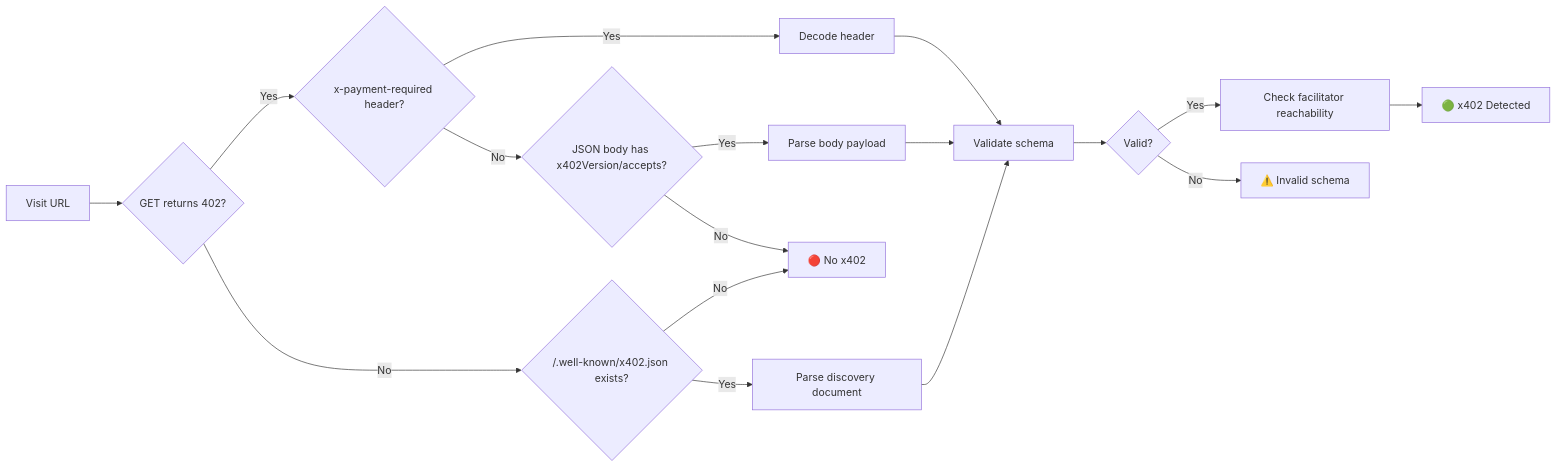
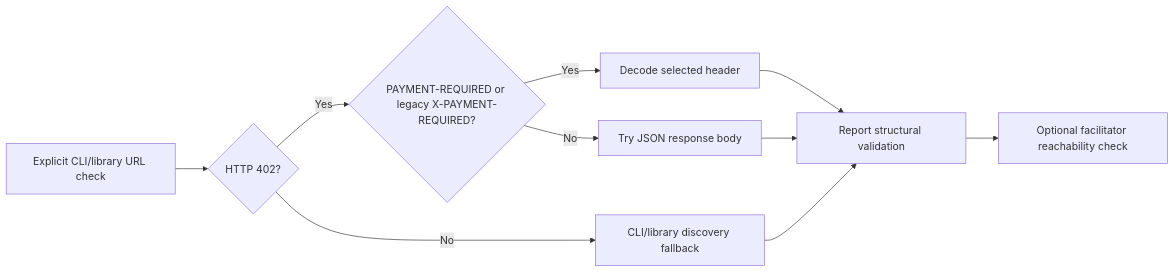
One commit to suryast/x402-check changed the third of 4 diagrams in README.md. Above: the diagram before and after it, drawn with Mermaid. The commit also changed other lines of this file and 37 other files, not shown here.

````diff
--- a/README.md
+++ b/README.md
@@ -73,19 +79,12 @@
 ```mermaid
 flowchart LR
-    A[Visit URL] --> B{GET returns 402?}
-    B -->|Yes| C{x-payment-required header?}
-    C -->|Yes| C2[Decode header]
-    C -->|No| C3{JSON body has x402Version/accepts?}
-    C3 -->|Yes| C4[Parse body payload]
-    C3 -->|No| F[🔴 No x402]
-    B -->|No| D{/.well-known/x402.json exists?}
-    D -->|Yes| E[Parse discovery document]
-    D -->|No| F
-    C2 --> G[Validate schema]
-    C4 --> G
+    A[Explicit CLI/library URL check] --> B{HTTP 402?}
+    B -->|Yes| C{PAYMENT-REQUIRED or legacy X-PAYMENT-REQUIRED?}
+    C -->|Yes| D[Decode selected header]
+    C -->|No| E[Try JSON response body]
+    B -->|No| F[CLI/library discovery fallback]
+    D --> G[Report structural validation]
     E --> G
-    G --> H{Valid?}
-    H -->|Yes| I[Check facilitator reachability]
-    H -->|No| J[⚠️ Invalid schema]
-    I --> K[🟢 x402 Detected]
+    F --> G
+    G --> H[Optional facilitator reachability check]
 ```
````
